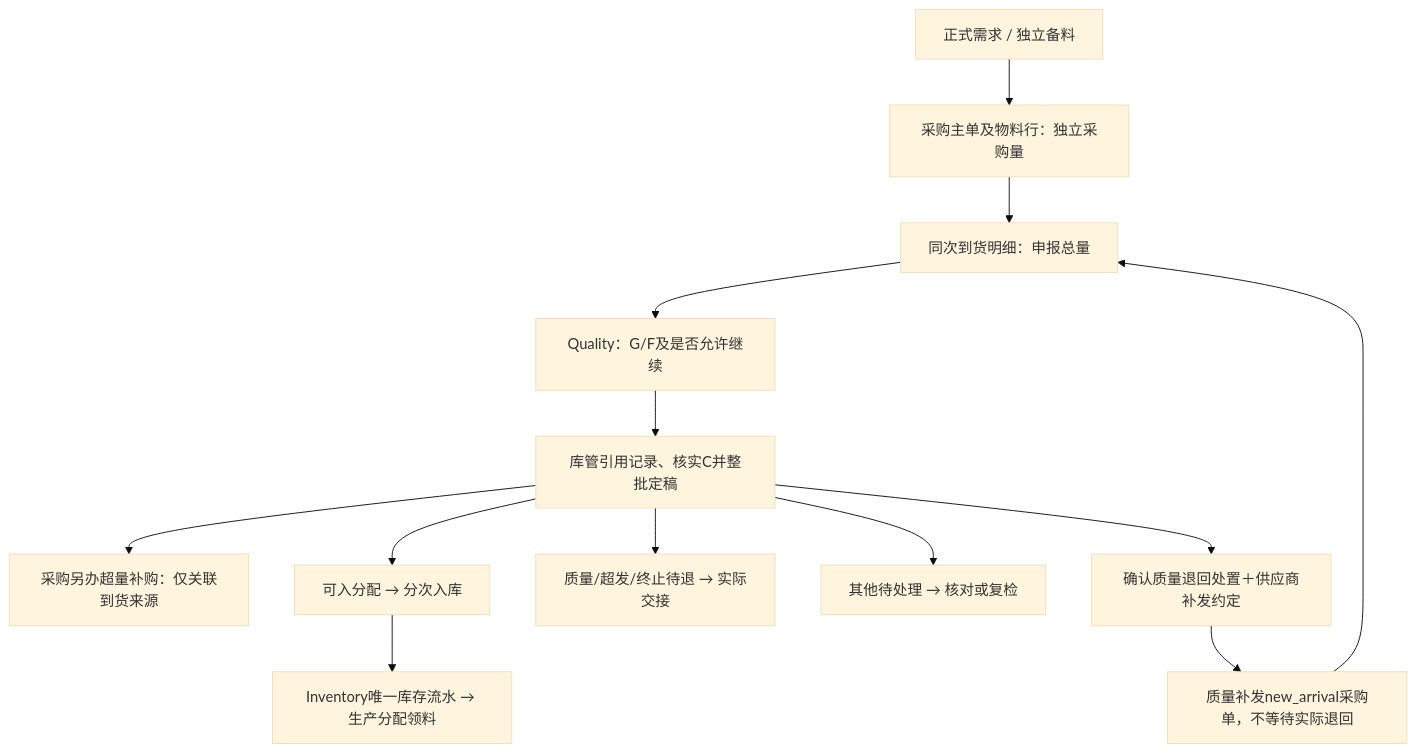
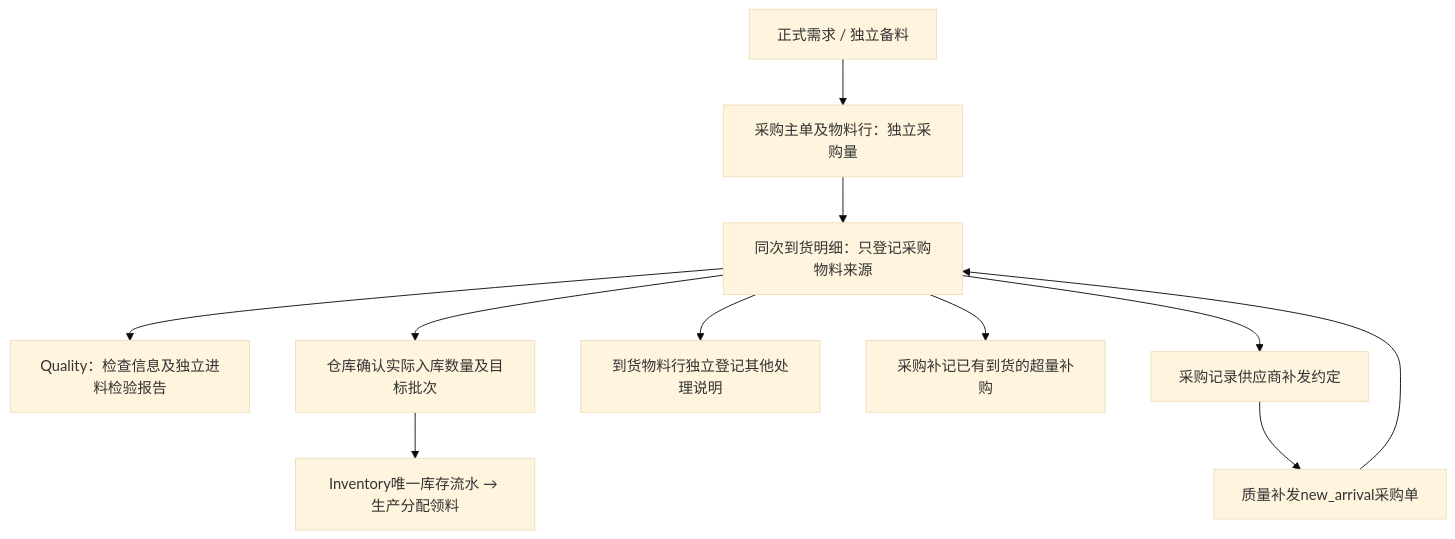
One commit to ikarosl/mes changed the diagram in docs/procurement-inbound-design.md. Above: the diagram before and after it, drawn with Mermaid (base theme). The commit also changed other lines of this file and 200 other files, not shown here.

````diff
--- a/docs/procurement-inbound-design.md
+++ b/docs/procurement-inbound-design.md
@@ -7,15 +7,13 @@
 ```mermaid
 flowchart TD
  D["正式需求 / 独立备料"] --> P["采购主单及物料行：独立采购量"]
- P --> R["同次到货明细：申报总量"]
- R --> Q["Quality：G/F及是否允许继续"]
- Q --> A["库管引用记录、核实C并整批定稿"]
- A --> S["采购另办超量补购：仅关联到货来源"]
- A --> I["可入分配 → 分次入库"]
- A --> T["质量/超发/终止待退 → 实际交接"]
- A --> U["其他待处理 → 核对或复检"]
+ P --> R["同次到货明细：只登记采购物料来源"]
+ R --> Q["Quality：检查信息及独立进料检验报告"]
+ R --> I["仓库确认实际入库数量及目标批次"]
+ R --> H["到货物料行独立登记其他处理说明"]
+ R --> S["采购补记已有到货的超量补购"]
+ R --> QR["采购记录供应商补发约定"]
  I --> L["Inventory唯一库存流水 → 生产分配领料"]
- A --> QR["确认质量退回处置＋供应商补发约定"]
- QR --> N["质量补发new_arrival采购单，不等待实际退回"]
+ QR --> N["质量补发new_arrival采购单"]
  N --> R
 ```
````
